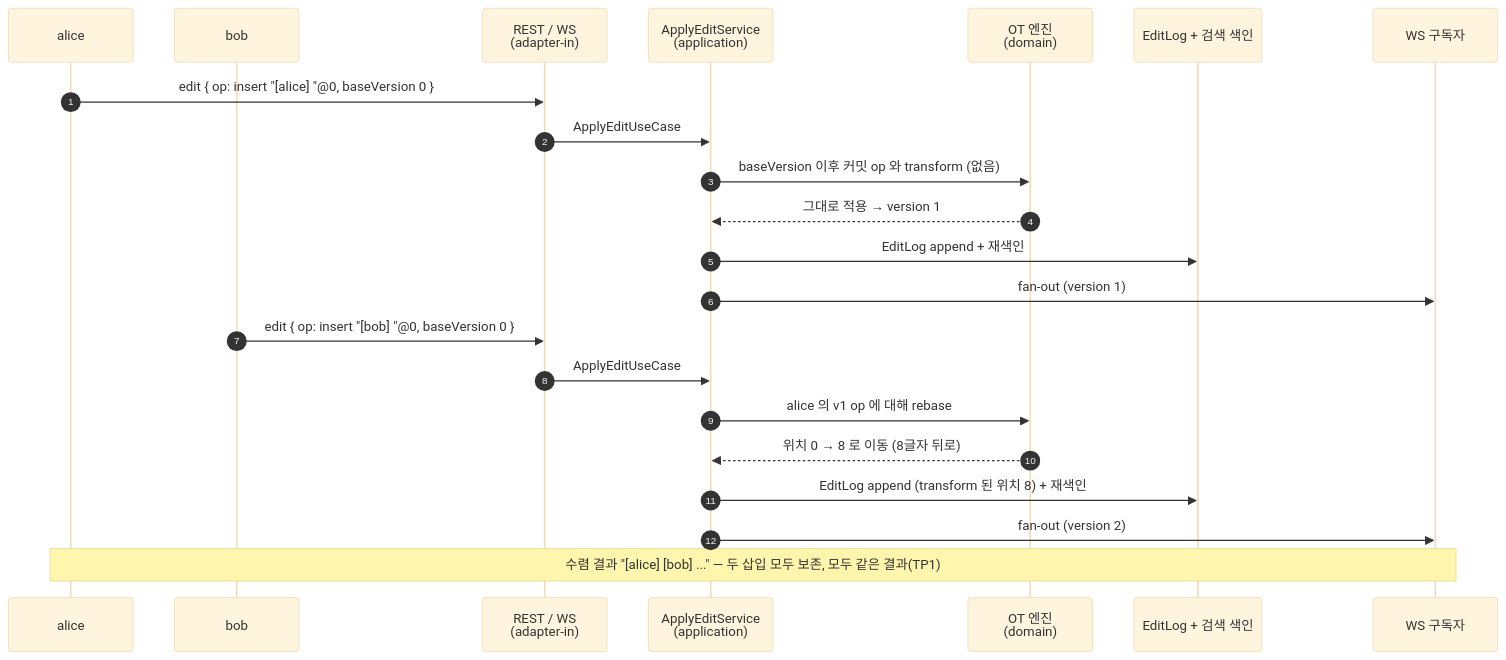
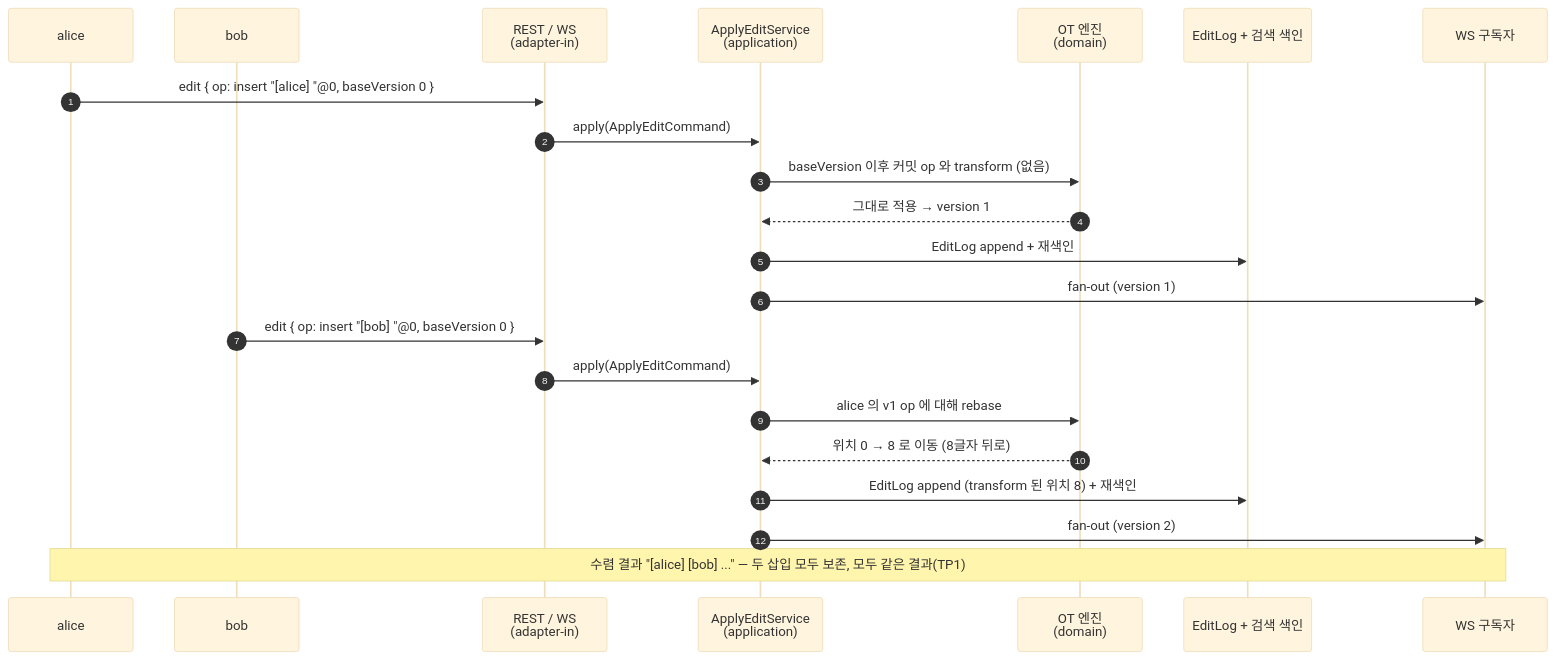
Before and after one commit to ssa1004/collab-docs: the first of 2 diagrams in README.md, drawn with Mermaid (base theme).

Commit message:
docs: README 시퀀스 다이어그램의 유령 심볼 ApplyEditUseCase 수정
코드에 없는 'ApplyEditUseCase'(inbound port/UseCase 인터페이스를 두지
않는 설계인데 다이어그램 라벨만 헥사고날 통칭으로 적혀 있었음)를
실제 호출인 apply(ApplyEditCommand) 로 바로잡음. 참가자는 이미
ApplyEditService 로 올바르게 표기돼 있었음.

````diff
--- a/README.md
+++ b/README.md
@@ -113,26 +113,26 @@
 ```mermaid
 sequenceDiagram
     autonumber
     participant A as alice
     participant B as bob
     participant API as REST / WS<br/>(adapter-in)
     participant App as ApplyEditService<br/>(application)
     participant OT as OT 엔진<br/>(domain)
     participant Log as EditLog + 검색 색인
     participant Room as WS 구독자
 
     A->>API: edit { op: insert "[alice] "@0, baseVersion 0 }
-    API->>App: ApplyEditUseCase
+    API->>App: apply(ApplyEditCommand)
     App->>OT: baseVersion 이후 커밋 op 와 transform (없음)
     OT-->>App: 그대로 적용 → version 1
     App->>Log: EditLog append + 재색인
     App->>Room: fan-out (version 1)
 
     B->>API: edit { op: insert "[bob] "@0, baseVersion 0 }
-    API->>App: ApplyEditUseCase
+    API->>App: apply(ApplyEditCommand)
     App->>OT: alice 의 v1 op 에 대해 rebase
     OT-->>App: 위치 0 → 8 로 이동 (8글자 뒤로)
     App->>Log: EditLog append (transform 된 위치 8) + 재색인
     App->>Room: fan-out (version 2)
     Note over A,Room: 수렴 결과 "[alice] [bob] ..." — 두 삽입 모두 보존, 모두 같은 결과(TP1)
 ```
````
